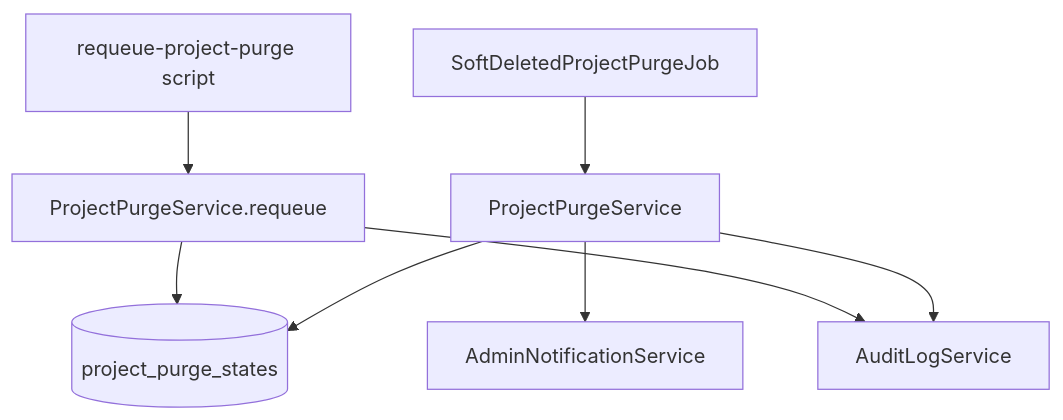
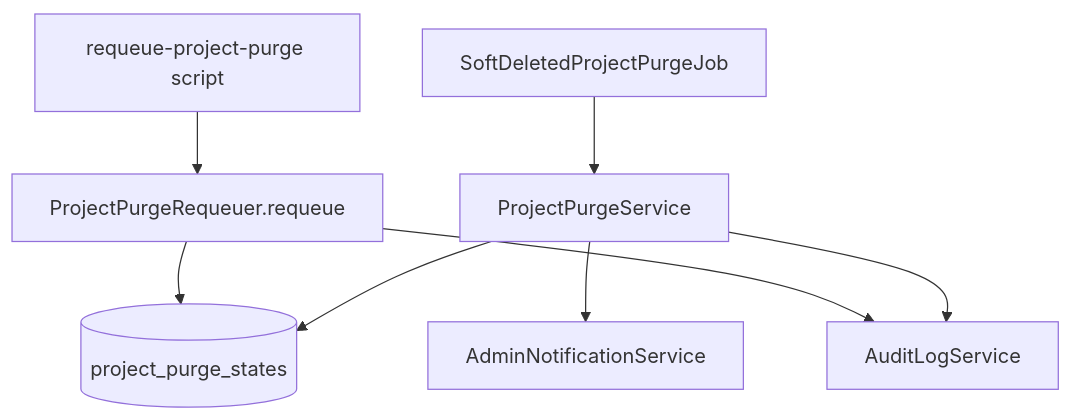
Diagram 12 of 13 in .kiro/specs/project-management/design.md (inakanou/ArchiTrack), drawn with Mermaid before and after one commit. The commit also changed other lines of this file and 7 other files, not shown here.

````diff
--- a/.kiro/specs/project-management/design.md
+++ b/.kiro/specs/project-management/design.md
@@ -4519,10 +4519,10 @@
 ```mermaid
 graph TB
   Job[SoftDeletedProjectPurgeJob] --> Purge[ProjectPurgeService]
   Purge --> State[(project_purge_states)]
   Purge --> Audit[AuditLogService]
   Purge --> Notify[AdminNotificationService]
-  Script[requeue-project-purge script] --> Requeue[ProjectPurgeService.requeue]
+  Script[requeue-project-purge script] --> Requeue[ProjectPurgeRequeuer.requeue]
   Requeue --> State
   Requeue --> Audit
 ```
````
